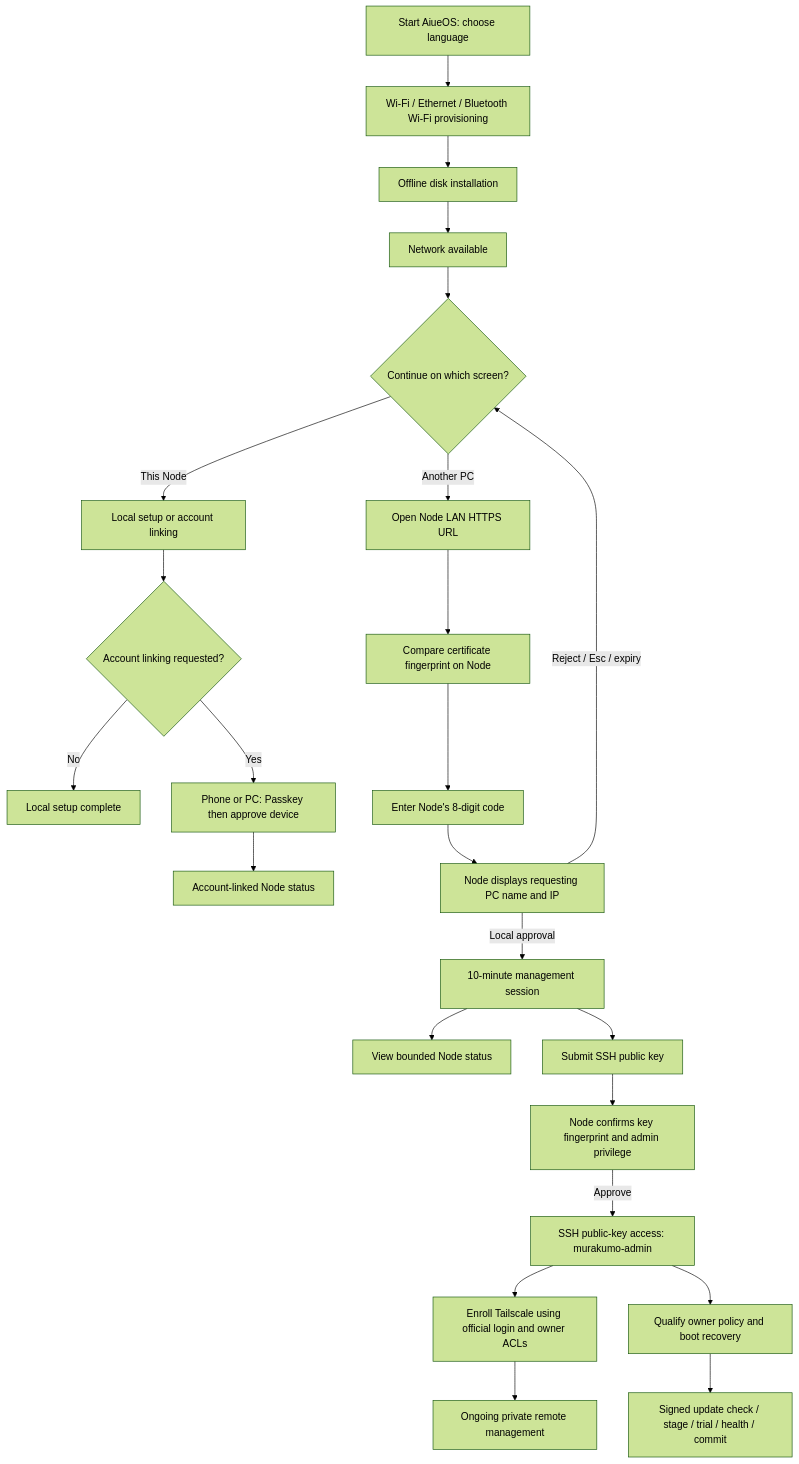
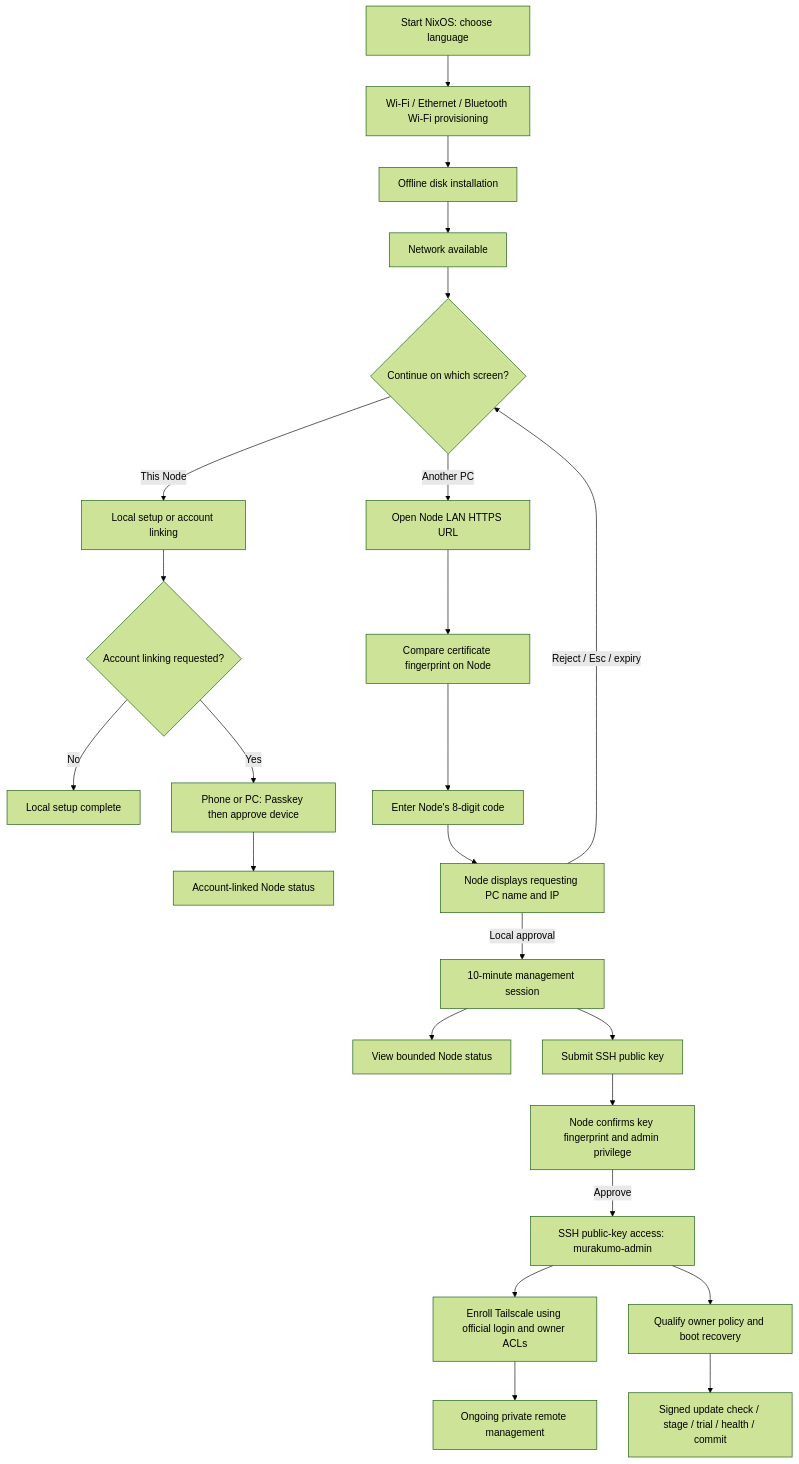
One commit to network-awai/cloud-murakumo-usb-installer changed the diagram in docs/node-setup-journey.md. Above: the diagram before and after it, drawn with Mermaid (forest theme). The commit also changed other lines of this file and 21 other files, not shown here.

````diff
--- a/docs/node-setup-journey.md
+++ b/docs/node-setup-journey.md
@@ -3,26 +3,26 @@
 ```mermaid
 flowchart TD
-  A[Start AiueOS: choose language] --> B[Wi-Fi / Ethernet / Bluetooth Wi-Fi provisioning]
+  A[Start NixOS: choose language] --> B[Wi-Fi / Ethernet / Bluetooth Wi-Fi provisioning]
   B --> C[Offline disk installation]
   C --> D[Network available]
   D --> E{Continue on which screen?}
   E -->|This Node| F[Local setup or account linking]
   E -->|Another PC| G[Open Node LAN HTTPS URL]
   G --> H[Compare certificate fingerprint on Node]
   H --> I[Enter Node's 8-digit code]
   I --> J[Node displays requesting PC name and IP]
   J -->|Local approval| K[10-minute management session]
   J -->|Reject / Esc / expiry| E
   K --> L[View bounded Node status]
   K --> M[Submit SSH public key]
   M --> N[Node confirms key fingerprint and admin privilege]
   N -->|Approve| O[SSH public-key access: murakumo-admin]
   O --> P[Enroll Tailscale using official login and owner ACLs]
   P --> Q[Ongoing private remote management]
   F --> R{Account linking requested?}
   R -->|No| S[Local setup complete]
   R -->|Yes| T[Phone or PC: Passkey then approve device]
   T --> U[Account-linked Node status]
   O --> V[Qualify owner policy and boot recovery]
   V --> W[Signed update check / stage / trial / health / commit]
 ```
````
